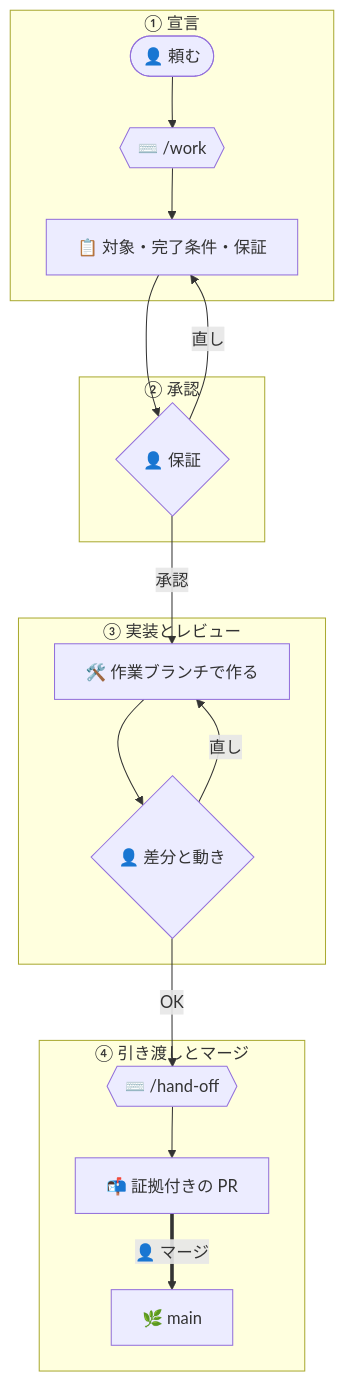
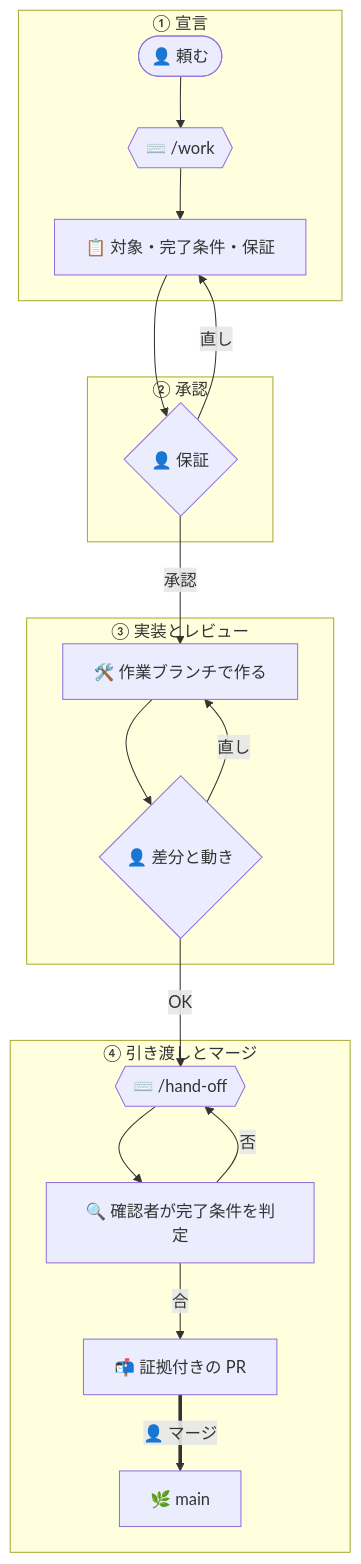
One commit to yktsnet/sdlc-kit changed the diagram in docs/flows/solo.md. Above: the diagram before and after it, drawn with Mermaid. The commit also changed other lines of this file and 16 other files, not shown here.

````diff
--- a/docs/flows/solo.md
+++ b/docs/flows/solo.md
@@ -19,21 +20,23 @@
 ```mermaid
 flowchart TD
     subgraph p1 ["① 宣言"]
         R(["👤 頼む"]) --> W{{"⌨️ /work"}}
         W --> D[📋 対象・完了条件・保証]
     end
     subgraph p2 ["② 承認"]
         D --> A{"👤 保証"}
         A -->|直し| D
     end
     subgraph p3 ["③ 実装とレビュー"]
         A -->|承認| B[🛠️ 作業ブランチで作る]
         B --> V{"👤 差分と動き"}
         V -->|直し| B
     end
     subgraph p4 ["④ 引き渡しとマージ"]
         V -->|OK| H{{"⌨️ /hand-off"}}
-        H --> P[📬 証拠付きの PR]
+        H --> Q[🔍 確認者が完了条件を判定]
+        Q -->|否| H
+        Q -->|合| P[📬 証拠付きの PR]
         P ==>|"👤 マージ"| M[🌿 main]
     end
 ```
````
